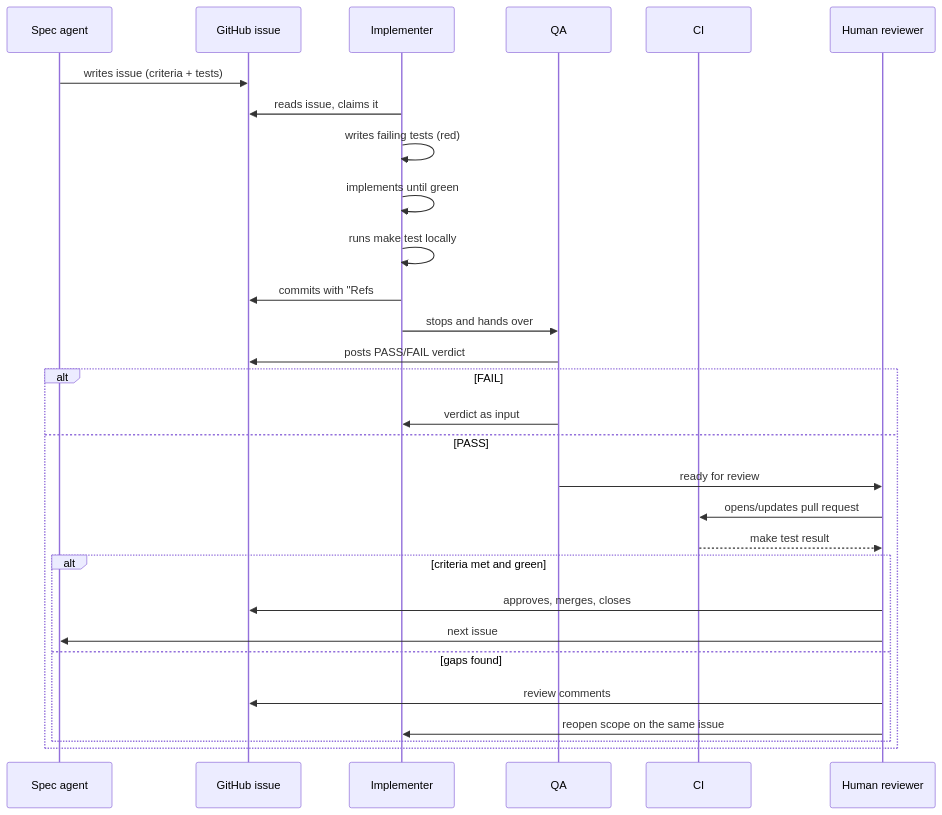
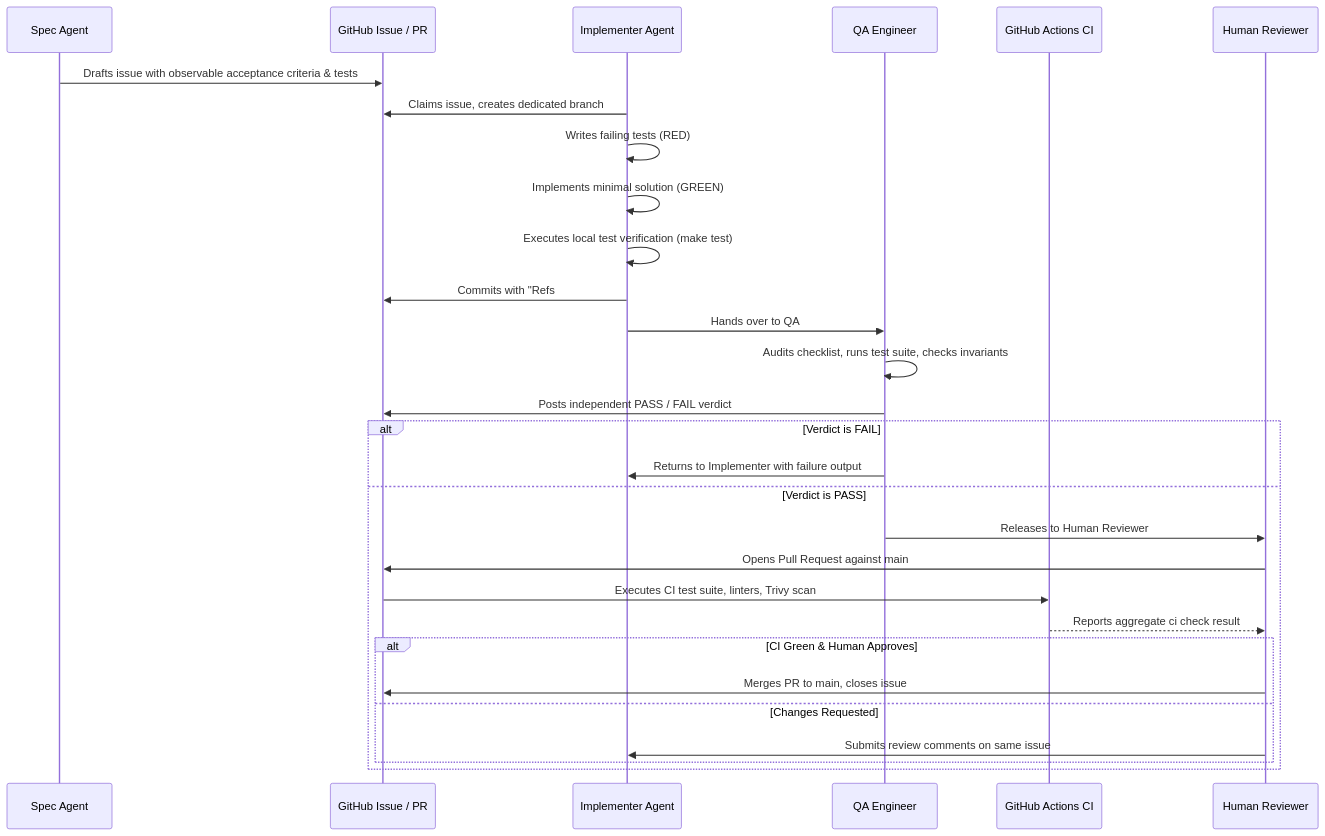
One commit to KushagraPan/Metal-Ops changed the diagram in _docs/agent-team.md. Above: the diagram before and after it, drawn with Mermaid. The commit also changed other lines of this file and 4 other files, not shown here.

Commit message:
Refs #19: Complete modular project documentation, architecture, agent team governance, and AI usage log

````diff
--- a/_docs/agent-team.md
+++ b/_docs/agent-team.md
@@ -30,32 +23,32 @@
 ```mermaid
 sequenceDiagram
-    participant S as Spec agent
-    participant T as GitHub issue
-    participant I as Implementer
-    participant Q as QA
-    participant CI as CI
-    participant R as Human reviewer
+    participant S as Spec Agent
+    participant GH as GitHub Issue / PR
+    participant I as Implementer Agent
+    participant Q as QA Engineer
+    participant CI as GitHub Actions CI
+    participant R as Human Reviewer
 
-    S->>T: writes issue (criteria + tests)
-    I->>T: reads issue, claims it
-    I->>I: writes failing tests (red)
-    I->>I: implements until green
-    I->>I: runs make test locally
-    I->>T: commits with "Refs #N", comments summary
-    I->>Q: stops and hands over
-    Q->>T: posts PASS/FAIL verdict
-    alt FAIL
-        Q->>I: verdict as input
-    else PASS
-        Q->>R: ready for review
-        R->>CI: opens/updates pull request
-        CI-->>R: make test result
-        alt criteria met and green
-            R->>T: approves, merges, closes
-            R->>S: next issue
-        else gaps found
-            R->>T: review comments
-            R->>I: reopen scope on the same issue
+    S->>GH: Drafts issue with observable acceptance criteria & tests
+    I->>GH: Claims issue, creates dedicated branch
+    I->>I: Writes failing tests (RED)
+    I->>I: Implements minimal solution (GREEN)
+    I->>I: Executes local test verification (make test)
+    I->>GH: Commits with "Refs #N", posts implementation summary
+    I->>Q: Hands over to QA
+    Q->>Q: Audits checklist, runs test suite, checks invariants
+    Q->>GH: Posts independent PASS / FAIL verdict
+    alt Verdict is FAIL
+        Q->>I: Returns to Implementer with failure output
+    else Verdict is PASS
+        Q->>R: Releases to Human Reviewer
+        R->>GH: Opens Pull Request against main
+        GH->>CI: Executes CI test suite, linters, Trivy scan
+        CI-->>R: Reports aggregate ci check result
+        alt CI Green & Human Approves
+            R->>GH: Merges PR to main, closes issue
+        else Changes Requested
+            R->>I: Submits review comments on same issue
         end
     end
 ```
````
